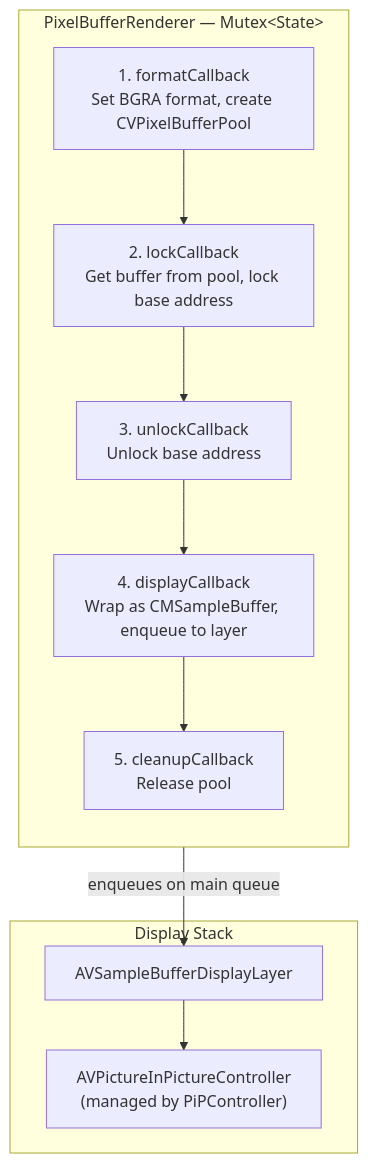
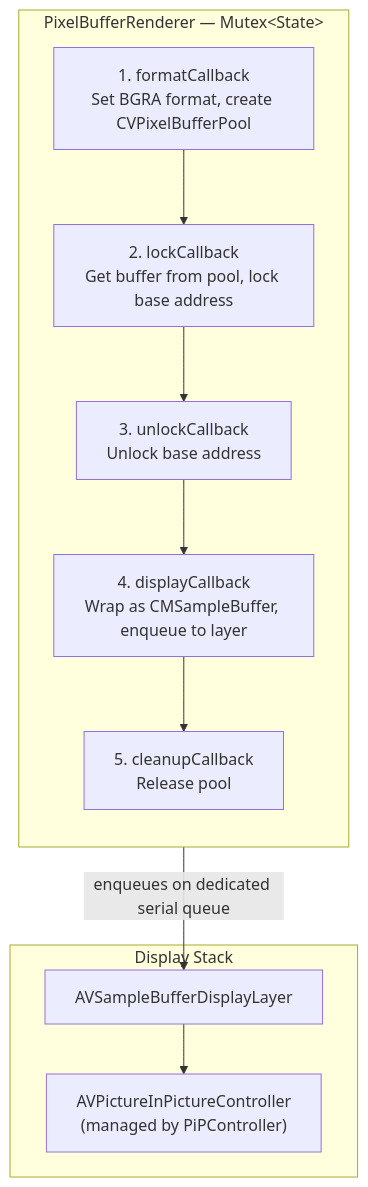
Before and after one commit to harflabs/SwiftVLC: the sixth of 7 diagrams in ARCHITECTURE.md, drawn with Mermaid. The commit also changed other lines of this file and 104 other files, not shown here.

````diff
--- a/ARCHITECTURE.md
+++ b/ARCHITECTURE.md
@@ -522,20 +538,20 @@
 ```mermaid
 flowchart TB
     subgraph PBR["PixelBufferRenderer — Mutex&lt;State&gt;"]
         direction TB
         F["1. formatCallback<br/>Set BGRA format, create CVPixelBufferPool"]
         L["2. lockCallback<br/>Get buffer from pool, lock base address"]
         U["3. unlockCallback<br/>Unlock base address"]
         D["4. displayCallback<br/>Wrap as CMSampleBuffer, enqueue to layer"]
         C["5. cleanupCallback<br/>Release pool"]
         F --> L --> U --> D --> C
     end
 
     subgraph PiPStack["Display Stack"]
         Layer["AVSampleBufferDisplayLayer"]
         Controller["AVPictureInPictureController<br/>(managed by PiPController)"]
         Layer --> Controller
     end
 
-    D -->|"enqueues on main queue"| Layer
+    D -->|"enqueues on dedicated serial queue"| Layer
 ```
````
